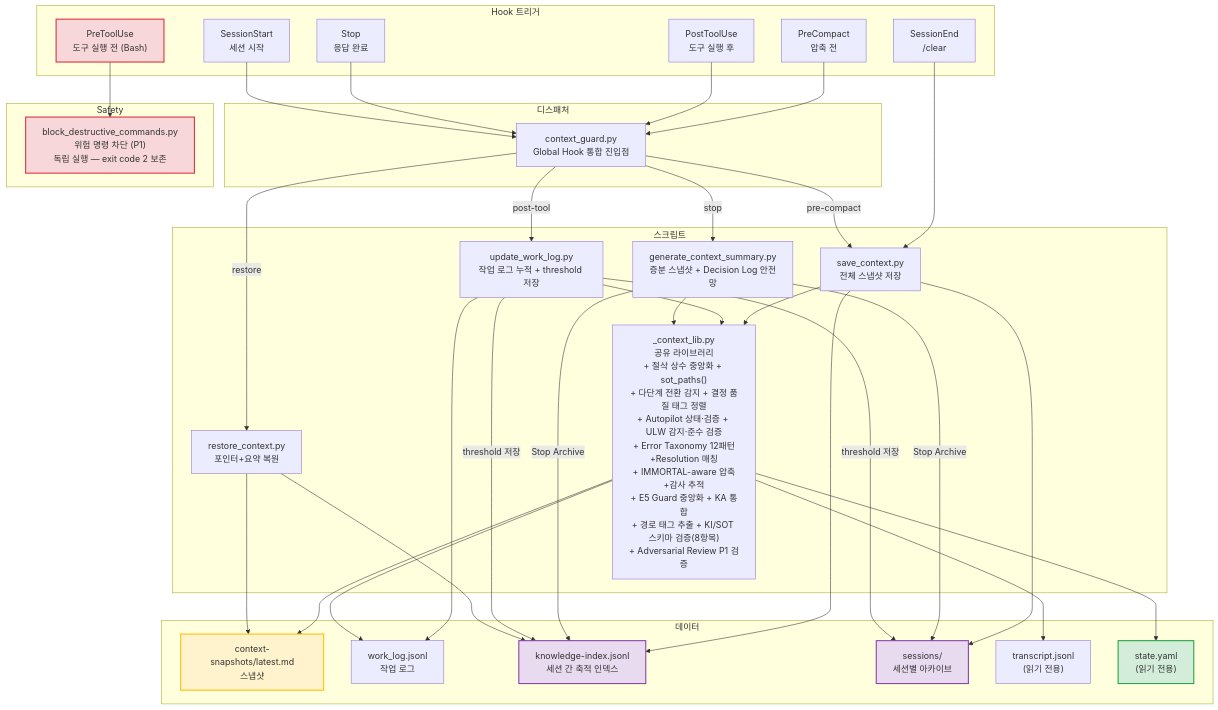
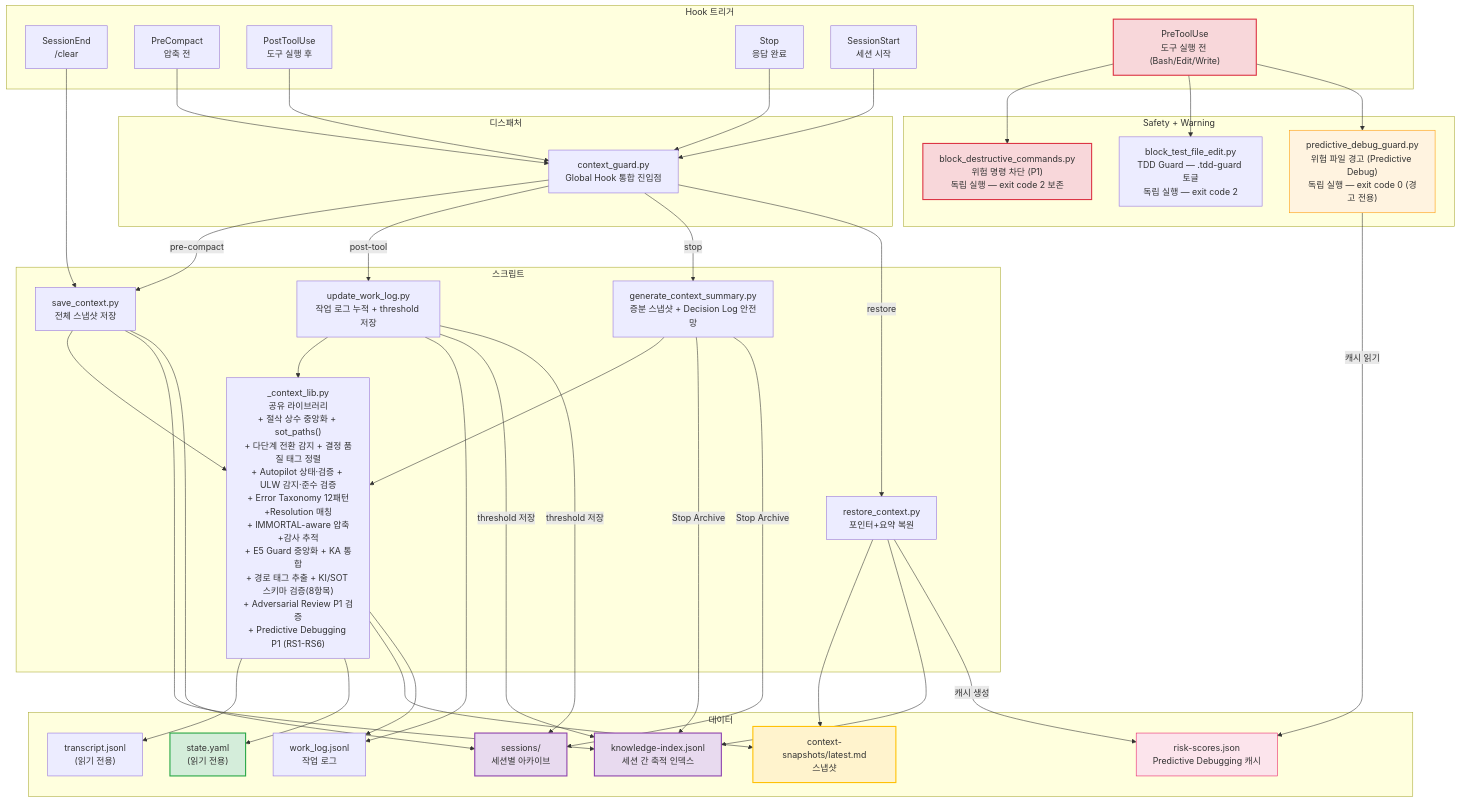
One commit to oogisoogi/AgenticWorkflow changed the sixth of 13 diagrams in AGENTICWORKFLOW-ARCHITECTURE-AND-PHILOSOPHY.md. Above: the diagram before and after it, drawn with Mermaid. The commit also changed other lines of this file and 13 other files, not shown here.

First line of the commit message:
feat: 종합 감사 II — pACS P1(PA1-PA6) + L0 Anti-Skip Guard + IMMORTAL 경계 수정 + 성찰 감사 4건 수정

````diff
--- a/AGENTICWORKFLOW-ARCHITECTURE-AND-PHILOSOPHY.md
+++ b/AGENTICWORKFLOW-ARCHITECTURE-AND-PHILOSOPHY.md
@@ -638,72 +639,81 @@
 ```mermaid
 graph TB
     subgraph "Hook 트리거"
         SE["SessionEnd<br/>/clear"]
         PC["PreCompact<br/>압축 전"]
         PTU["PostToolUse<br/>도구 실행 후"]
         ST["Stop<br/>응답 완료"]
         SS["SessionStart<br/>세션 시작"]
-        PRTU["PreToolUse<br/>도구 실행 전 (Bash)"]
+        PRTU["PreToolUse<br/>도구 실행 전 (Bash/Edit/Write)"]
     end
 
     subgraph "디스패처"
         CG["context_guard.py<br/>Global Hook 통합 진입점"]
     end
 
-    subgraph "Safety"
+    subgraph "Safety + Warning"
         BDC["block_destructive_commands.py<br/>위험 명령 차단 (P1)<br/>독립 실행 — exit code 2 보존"]
+        BTFE["block_test_file_edit.py<br/>TDD Guard — .tdd-guard 토글<br/>독립 실행 — exit code 2"]
+        PDG["predictive_debug_guard.py<br/>위험 파일 경고 (Predictive Debug)<br/>독립 실행 — exit code 0 (경고 전용)"]
     end
 
     subgraph "스크립트"
         SAVE["save_context.py<br/>전체 스냅샷 저장"]
         UWL["update_work_log.py<br/>작업 로그 누적 + threshold 저장"]
         GCS["generate_context_summary.py<br/>증분 스냅샷 + Decision Log 안전망"]
         REST["restore_context.py<br/>포인터+요약 복원"]
-        LIB["_context_lib.py<br/>공유 라이브러리<br/>+ 절삭 상수 중앙화 + sot_paths()<br/>+ 다단계 전환 감지 + 결정 품질 태그 정렬<br/>+ Autopilot 상태·검증 + ULW 감지·준수 검증<br/>+ Error Taxonomy 12패턴+Resolution 매칭<br/>+ IMMORTAL-aware 압축+감사 추적<br/>+ E5 Guard 중앙화 + KA 통합<br/>+ 경로 태그 추출 + KI/SOT 스키마 검증(8항목)<br/>+ Adversarial Review P1 검증"]
+        LIB["_context_lib.py<br/>공유 라이브러리<br/>+ 절삭 상수 중앙화 + sot_paths()<br/>+ 다단계 전환 감지 + 결정 품질 태그 정렬<br/>+ Autopilot 상태·검증 + ULW 감지·준수 검증<br/>+ Error Taxonomy 12패턴+Resolution 매칭<br/>+ IMMORTAL-aware 압축+감사 추적<br/>+ E5 Guard 중앙화 + KA 통합<br/>+ 경로 태그 추출 + KI/SOT 스키마 검증(8항목)<br/>+ Adversarial Review P1 검증<br/>+ Predictive Debugging P1 (RS1-RS6)"]
     end
 
     subgraph "데이터"
         SNAP["context-snapshots/latest.md<br/>스냅샷"]
         WLOG["work_log.jsonl<br/>작업 로그"]
         KI["knowledge-index.jsonl<br/>세션 간 축적 인덱스"]
         SESS["sessions/<br/>세션별 아카이브"]
         TRANS["transcript.jsonl<br/>(읽기 전용)"]
         SOT2["state.yaml<br/>(읽기 전용)"]
+        RISK["risk-scores.json<br/>Predictive Debugging 캐시"]
     end
 
     SE --> SAVE
     PC --> CG
     PTU --> CG
     ST --> CG
     SS --> CG
     PRTU --> BDC
+    PRTU --> BTFE
+    PRTU --> PDG
     CG -->|pre-compact| SAVE
     CG -->|post-tool| UWL
     CG -->|stop| GCS
     CG -->|restore| REST
 
     SAVE --> LIB
     UWL --> LIB
     GCS --> LIB
 
     LIB --> TRANS
     LIB --> SOT2
     LIB --> SNAP
     UWL --> WLOG
     LIB --> WLOG
     SAVE --> KI
     SAVE --> SESS
     GCS -->|"Stop Archive"| KI
     GCS -->|"Stop Archive"| SESS
     UWL -->|"threshold 저장"| KI
     UWL -->|"threshold 저장"| SESS
     REST --> SNAP
     REST --> KI
+    REST -->|"캐시 생성"| RISK
+    PDG -->|"캐시 읽기"| RISK
 
     style SOT2 fill:#d4edda,stroke:#28a745,stroke-width:2px
     style SNAP fill:#fff3cd,stroke:#ffc107,stroke-width:2px
     style KI fill:#e8daef,stroke:#8e44ad,stroke-width:2px
     style SESS fill:#e8daef,stroke:#8e44ad,stroke-width:2px
+    style RISK fill:#fce4ec,stroke:#e91e63,stroke-width:1px
+    style PDG fill:#fff3e0,stroke:#ff9800,stroke-width:1px
     style BDC fill:#f8d7da,stroke:#dc3545,stroke-width:2px
     style PRTU fill:#f8d7da,stroke:#dc3545,stroke-width:2px
 ```
````
